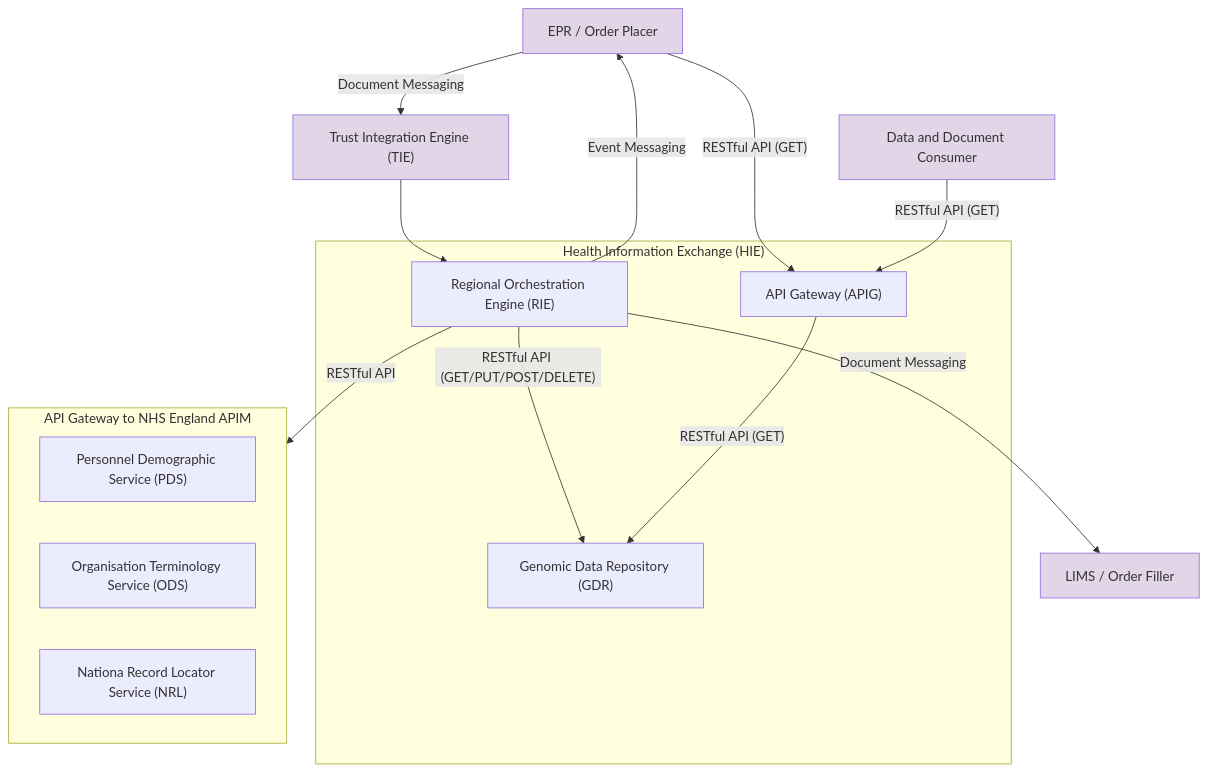
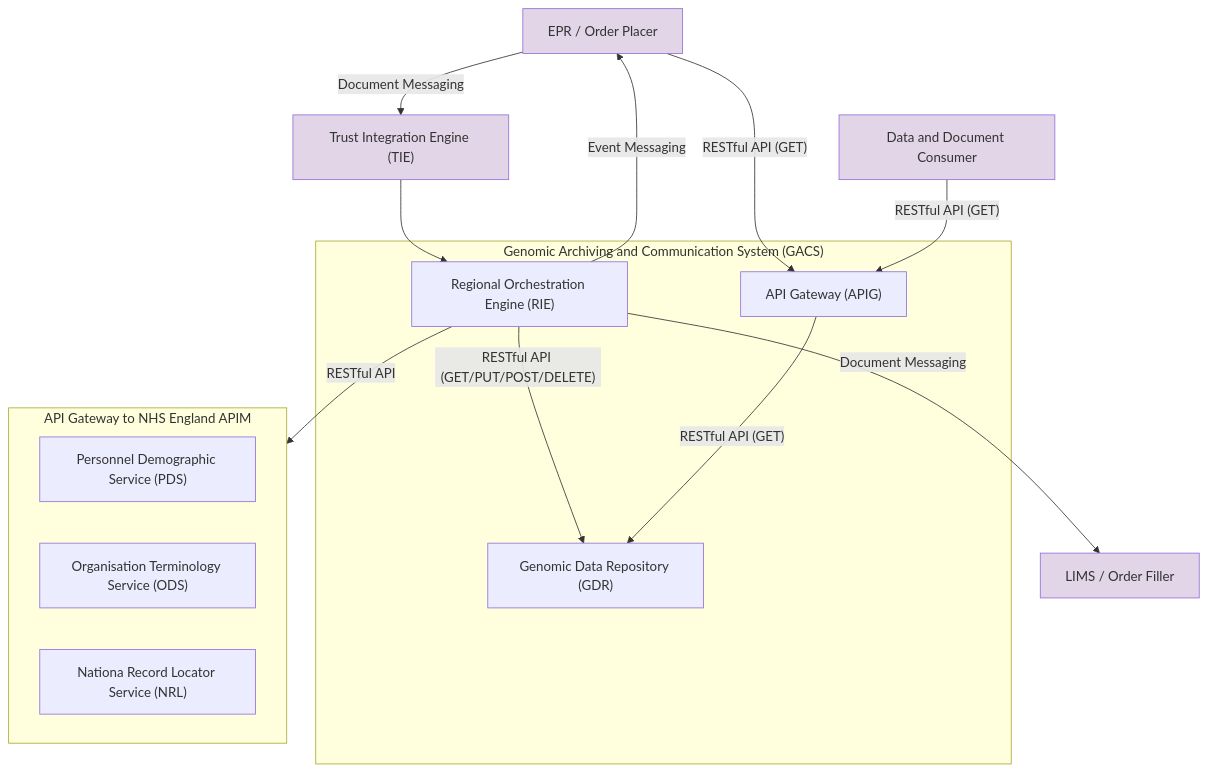
One commit to uk-gov-mirror/nw-gmsa.nw-gmsa.github.com changed the first of 6 diagrams in input/pagecontent/exchange.md. Above: the diagram before and after it, drawn with Mermaid. The commit also changed other lines of this file and 24 other files, not shown here.

Commit message:
Added mermain diagrams from HIE Design

````diff
--- a/input/pagecontent/exchange.md
+++ b/input/pagecontent/exchange.md
@@ -99,35 +99,35 @@
 ```mermaid
 graph TD
 
 EPR[EPR / Order Placer]
 TIE["Trust Integration Engine (TIE)"]
 
-subgraph HIE["Health Information Exchange (HIE)"]
+subgraph HIE["Genomic Archiving and Communication System (GACS)"]
     RIE["Regional Orchestration Engine (RIE)"]
     GDR["Genomic Data Repository (GDR)"]
    APIG["API Gateway (APIG)"]
 end
 
 subgraph APIM[API Gateway to NHS England APIM]
     PDS["Personnel Demographic Service (PDS)"]
     ODS["Organisation Terminology Service (ODS)"]
     NRL["Nationa Record Locator Service (NRL)"]
 end 
 
 LIMS[LIMS / Order Filler]
 DC["Data and Document Consumer"]
 
 
 EPR --> |Document Messaging| TIE
 TIE --> RIE
 RIE --> |Document Messaging| LIMS
 RIE --> |"RESTful API (GET/PUT/POST/DELETE)"| GDR
 RIE --> |Event Messaging| EPR
 EPR --> |"RESTful API (GET)"| APIG
 DC --> |"RESTful API (GET)"| APIG
 APIG --> |"RESTful API (GET)"| GDR
 RIE --> |RESTful API| APIM
 
 classDef purple fill:#E1D5E7;
 class EPR,TIE,LIMS,DC purple
 ```
````
